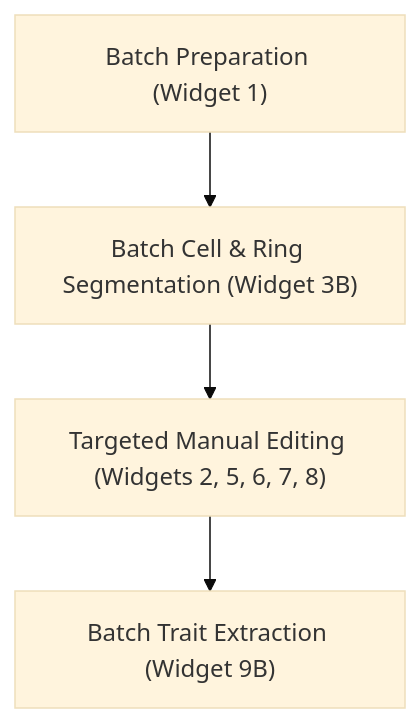
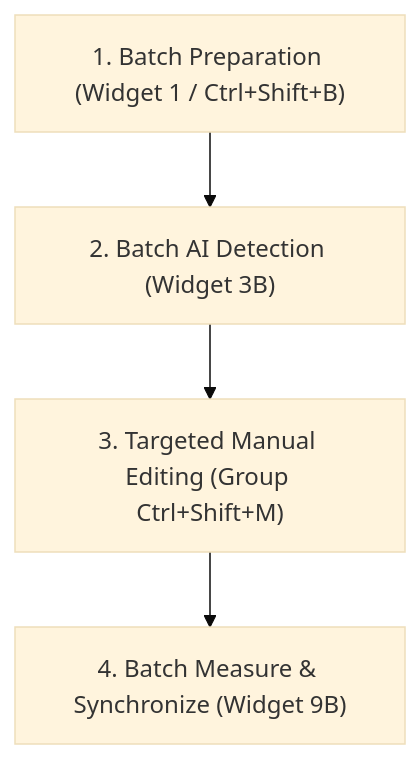
One commit to roxas-ai/napari-roxas-ai changed the third of 3 diagrams in docs/tutorials/workflows.md. Above: the diagram before and after it, drawn with Mermaid (base theme). The commit also changed other lines of this file and 17 other files, not shown here.

````diff
--- a/docs/tutorials/workflows.md
+++ b/docs/tutorials/workflows.md
@@ -242,6 +211,6 @@
 ```mermaid
 flowchart TD
-    B1["Batch Preparation (Widget 1)"] --> B2["Batch Cell & Ring Segmentation (Widget 3B)"]
-    B2 --> B3["Targeted Manual Editing (Widgets 2, 5, 6, 7, 8)"]
-    B3 --> B4["Batch Trait Extraction (Widget 9B)"]
+    B1["1. Batch Preparation (Widget 1 / Ctrl+Shift+B)"] --> B2["2. Batch AI Detection (Widget 3B)"]
+    B2 --> B3["3. Targeted Manual Editing (Group Ctrl+Shift+M)"]
+    B3 --> B4["4. Batch Measure & Synchronize (Widget 9B)"]
 ```
````
